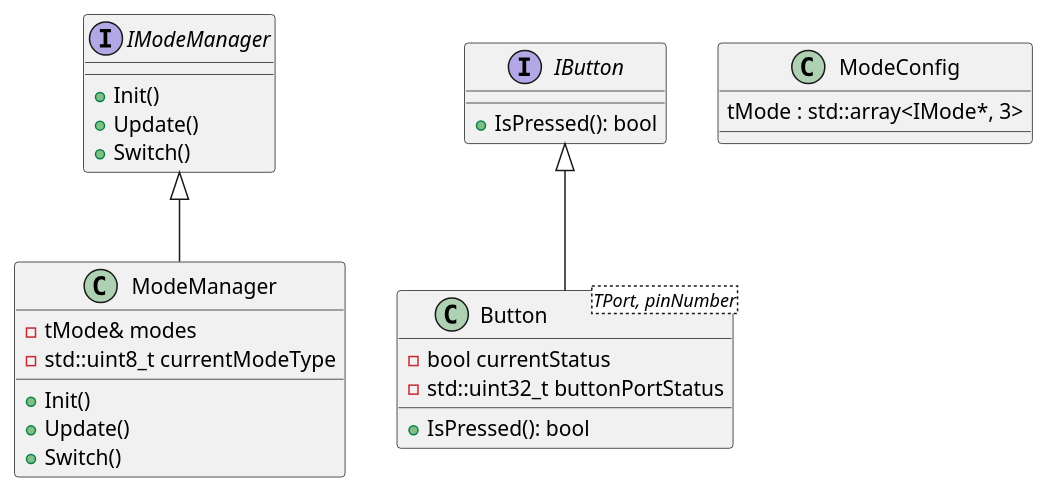
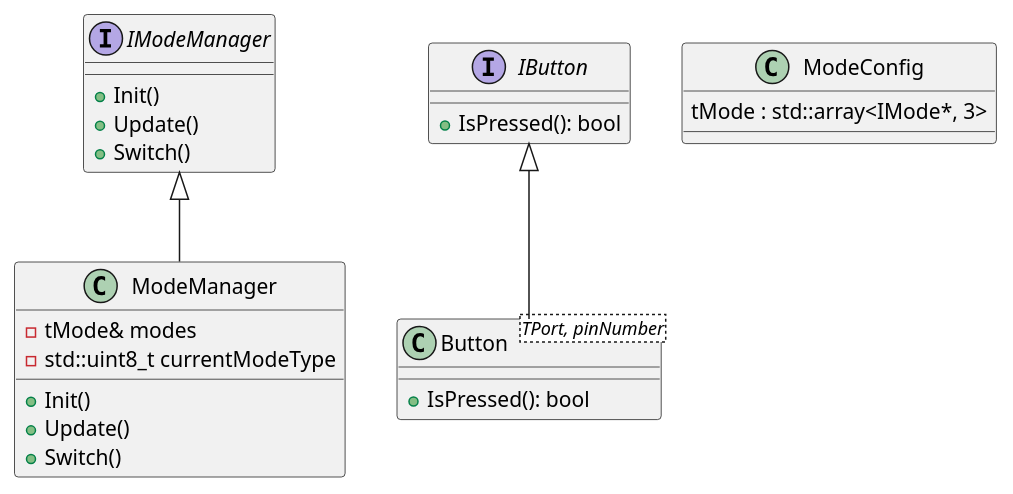
The diagram in 5-6.adoc (ZaKBin/LABS), drawn with PlantUML before and after one commit. The commit also changed other lines of this file and 10 other files, not shown here.

```diff
--- a/5-6.adoc
+++ b/5-6.adoc
@@ -30,35 +38,35 @@
 [plantuml]
 ----
+@startuml
+
 interface IModeManager {
   + Init()
   + Update()
   + Switch()
 }
 
 interface IButton {
   + IsPressed(): bool
 }
 
 class ModeManager {
   - tMode& modes
   - std::uint8_t currentModeType
   + Init()
   + Update()
   + Switch()
 }
 
 class Button<TPort, pinNumber> {
-  - bool currentStatus
-  - std::uint32_t buttonPortStatus
   + IsPressed(): bool
 }
 
 class ModeConfig {
   tMode : std::array<IMode*, 3>
 }
 
 IModeManager <|-- ModeManager
 IButton <|-- Button
 
 @enduml
 ----
```
